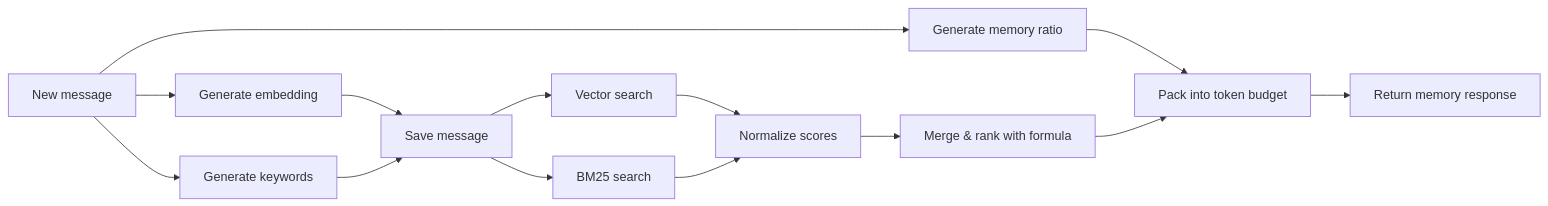
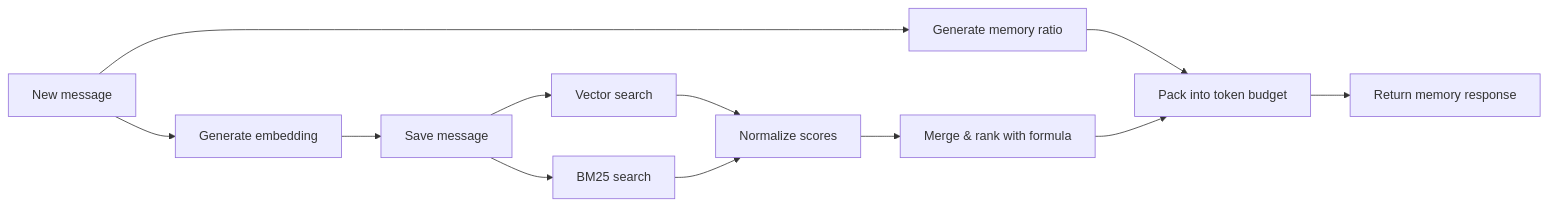
One commit to Stiralbios/vistui changed the diagram in documentations/architecture/retrieval-system.md. Above: the diagram before and after it, drawn with Mermaid. The commit also changed other lines of this file and 12 other files, not shown here.

````diff
--- a/documentations/architecture/retrieval-system.md
+++ b/documentations/architecture/retrieval-system.md
@@ -23,28 +23,25 @@
 ```mermaid
 flowchart LR
     M[New message]
     E[Generate embedding]
-    K[Generate keywords]
     R[Generate memory ratio]
     S[Save message]
     V[Vector search]
     B[BM25 search]
     NORM[Normalize scores]
     MERGE[Merge & rank with formula]
     PACK[Pack into token budget]
     RESP[Return memory response]
 
     M --> E
-    M --> K
     M --> R
     E --> S
-    K --> S
     S --> V
     S --> B
     V --> NORM
     B --> NORM
     NORM --> MERGE
     R --> PACK
     MERGE --> PACK
     PACK --> RESP
 ```
````
